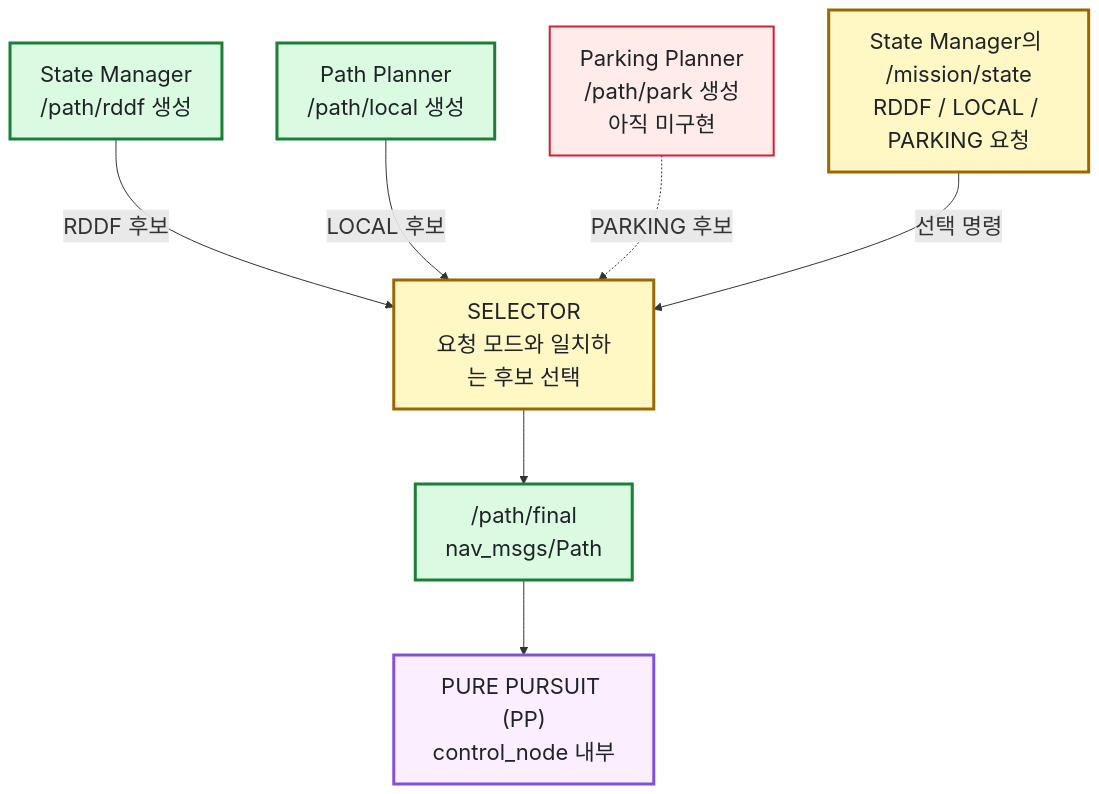
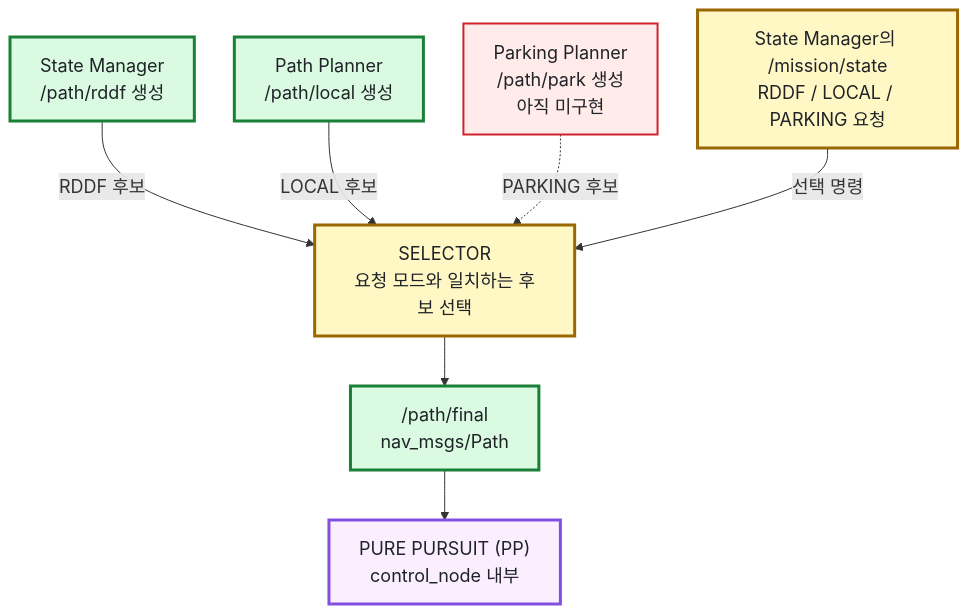
Before and after one commit to Team-Stier/HL-FMA-1-5-2026: the second of 3 diagrams in docs/architecture.md, drawn with Mermaid. The commit also changed other lines of this file, not shown here.

Commit message:
docs: tune architecture diagram sizing

````diff
--- a/docs/architecture.md
+++ b/docs/architecture.md
@@ -65,23 +65,23 @@
 ```mermaid
-%%{init: {"flowchart": {"htmlLabels": true, "nodeSpacing": 55, "rankSpacing": 75}, "themeVariables": {"fontSize": "22px"}}}%%
+%%{init: {"flowchart": {"htmlLabels": true, "nodeSpacing": 40, "rankSpacing": 50}, "themeVariables": {"fontSize": "18px"}}}%%
 flowchart TB
     classDef active fill:#dafbe1,stroke:#1a7f37,stroke-width:3px,color:#1f2328
     classDef choice fill:#fff8c5,stroke:#9a6700,stroke-width:3px,color:#1f2328
     classDef control fill:#fbefff,stroke:#8250df,stroke-width:3px,color:#1f2328
     classDef later fill:#ffebe9,stroke:#cf222e,stroke-width:2px,color:#1f2328
 
     SM["State Manager<br/>/path/rddf 생성"]:::active
     LOCAL["Path Planner<br/>/path/local 생성"]:::active
     PARK["Parking Planner<br/>/path/park 생성<br/>아직 미구현"]:::later
     MODE["State Manager의 /mission/state<br/>RDDF / LOCAL / PARKING 요청"]:::choice
     SEL["SELECTOR<br/>요청 모드와 일치하는 후보 선택"]:::choice
     FINAL["/path/final<br/>nav_msgs/Path"]:::active
     PP["PURE PURSUIT (PP)<br/>control_node 내부"]:::control
 
     SM -->|RDDF 후보| SEL
     LOCAL -->|LOCAL 후보| SEL
     PARK -.->|PARKING 후보| SEL
     MODE -->|선택 명령| SEL
     SEL --> FINAL
     FINAL --> PP
 ```
````
